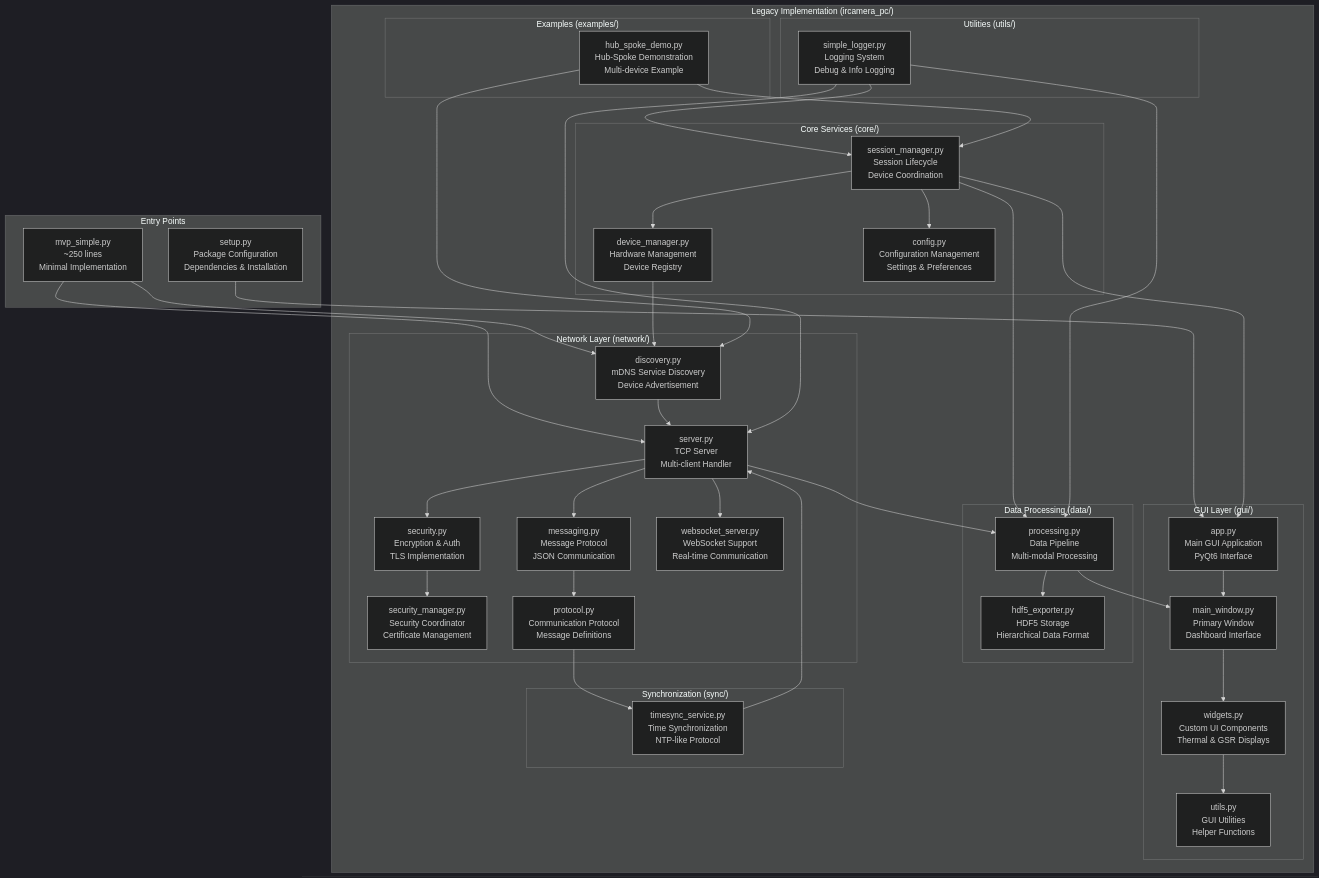
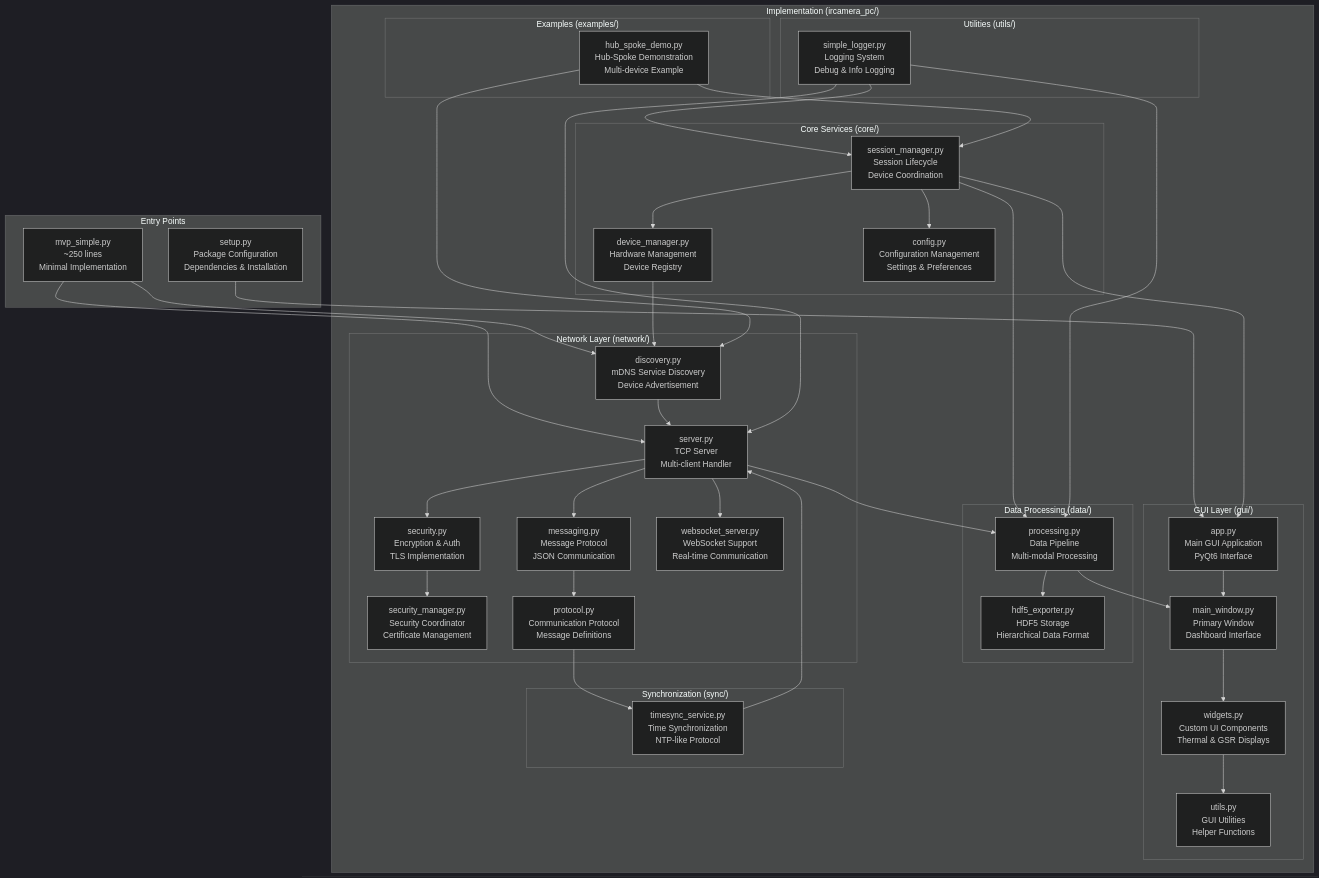
Before and after one commit to uclgsr/IRCamera: the fourth of 12 diagrams in docs/COMPREHENSIVE_ARCHITECTURE_DIAGRAMS.md, drawn with Mermaid (dark theme).

```diff
--- a/docs/COMPREHENSIVE_ARCHITECTURE_DIAGRAMS.md
+++ b/docs/COMPREHENSIVE_ARCHITECTURE_DIAGRAMS.md
@@ -295,7 +295,7 @@
         SetupPy[setup.py<br/>Package Configuration<br/>Dependencies & Installation]
     end
     
-    subgraph "Legacy Implementation (ircamera_pc/)"
+    subgraph "Implementation (ircamera_pc/)"
         subgraph "Core Services (core/)"
             SessionMgr[session_manager.py<br/>Session Lifecycle<br/>Device Coordination]
             DeviceMgr[device_manager.py<br/>Hardware Management<br/>Device Registry]
```
